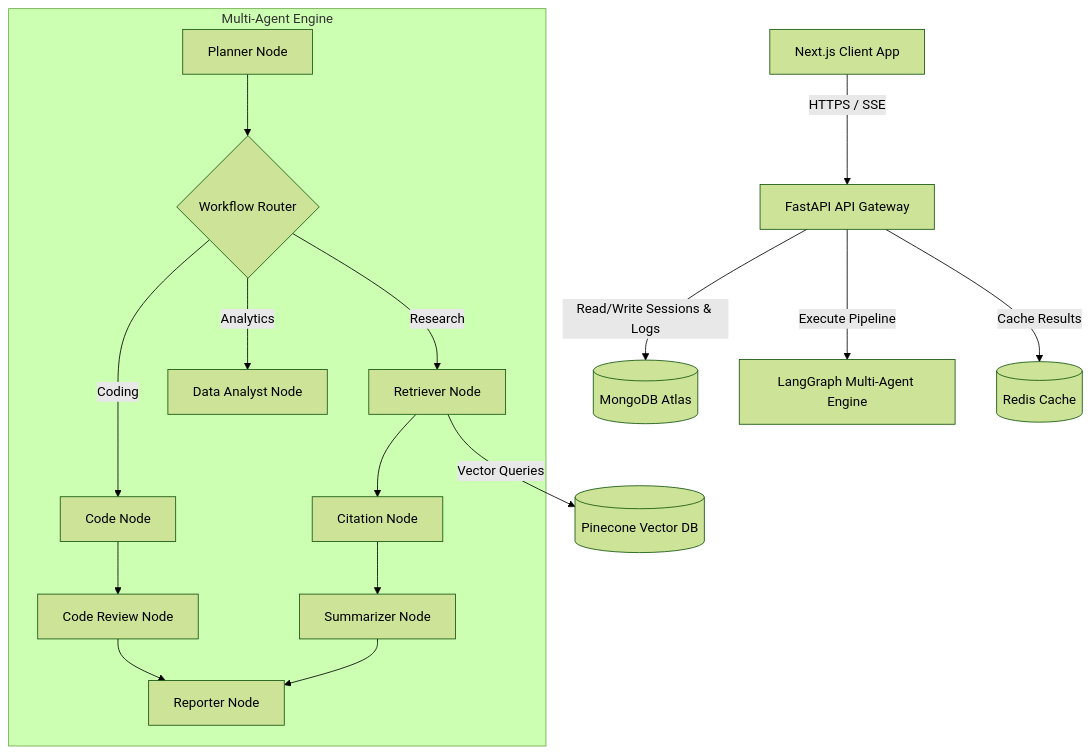
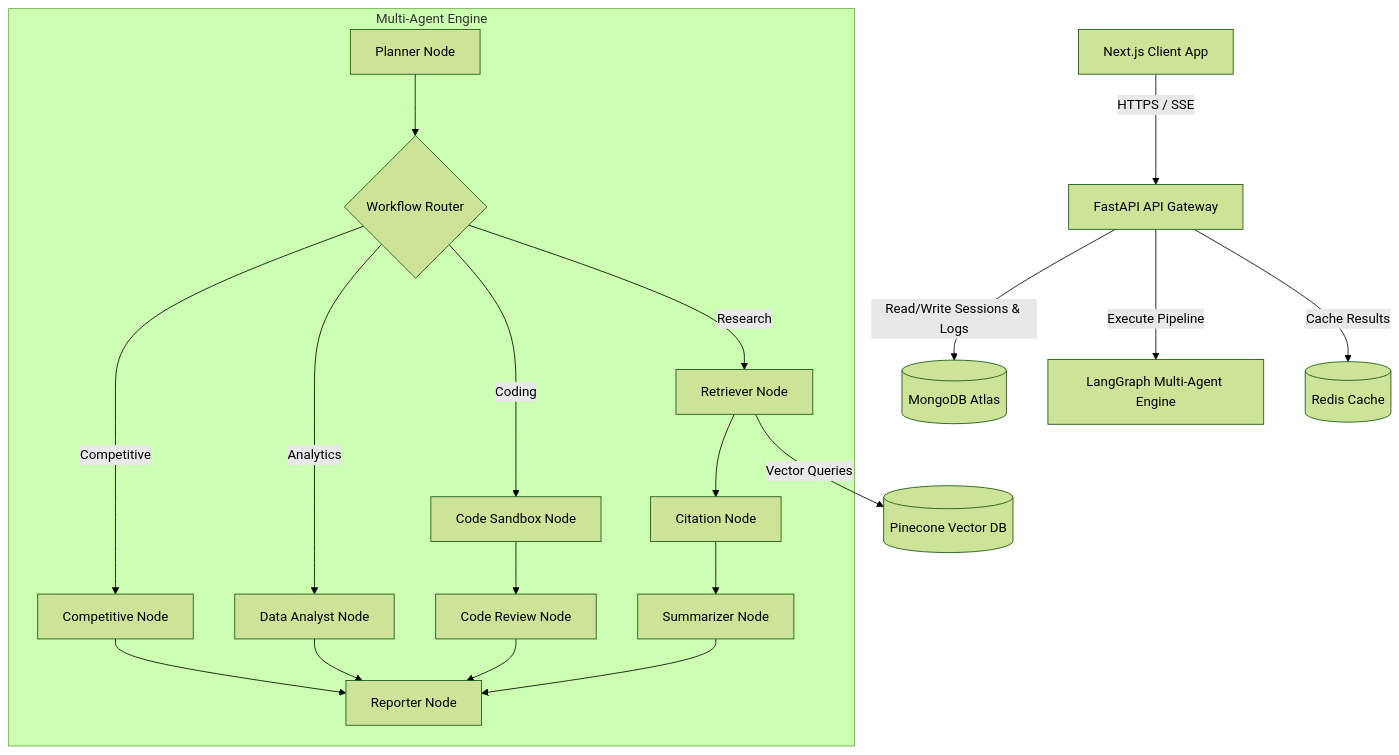
One commit to sopanmunde/ai-research-copilot changed the diagram in README.md. Above: the diagram before and after it, drawn with Mermaid (forest theme). The commit also changed other lines of this file and 14 other files, not shown here.

Commit message:
feat: implement core frontend UI components and modular composer architecture

````diff
--- a/README.md
+++ b/README.md
@@ -183,23 +208,26 @@
 ```mermaid
 graph TD
     Client[Next.js Client App] -- HTTPS / SSE --> Gateway[FastAPI API Gateway]
     Gateway -- Read/Write Sessions & Logs --> Mongo[(MongoDB Atlas)]
     Gateway -- Execute Pipeline --> LangGraph[LangGraph Multi-Agent Engine]
     
     subgraph Multi-Agent Engine
         Planner[Planner Node] --> Router{Workflow Router}
         Router -- Research --> Retriever[Retriever Node]
-        Router -- Coding --> Coder[Code Node]
+        Router -- Coding --> Coder[Code Sandbox Node]
         Router -- Analytics --> DataAnalyzer[Data Analyst Node]
+        Router -- Competitive --> Competitor[Competitive Node]
         
         Retriever --> Citations[Citation Node]
         Citations --> Summarizer[Summarizer Node]
         Coder --> Reviewer[Code Review Node]
         
         Summarizer --> Reporter[Reporter Node]
         Reviewer --> Reporter
+        DataAnalyzer --> Reporter
+        Competitor --> Reporter
     end
 
     Retriever -- Vector Queries --> Pinecone[(Pinecone Vector DB)]
     Gateway -- Cache Results --> Redis[(Redis Cache)]
 ```
````
